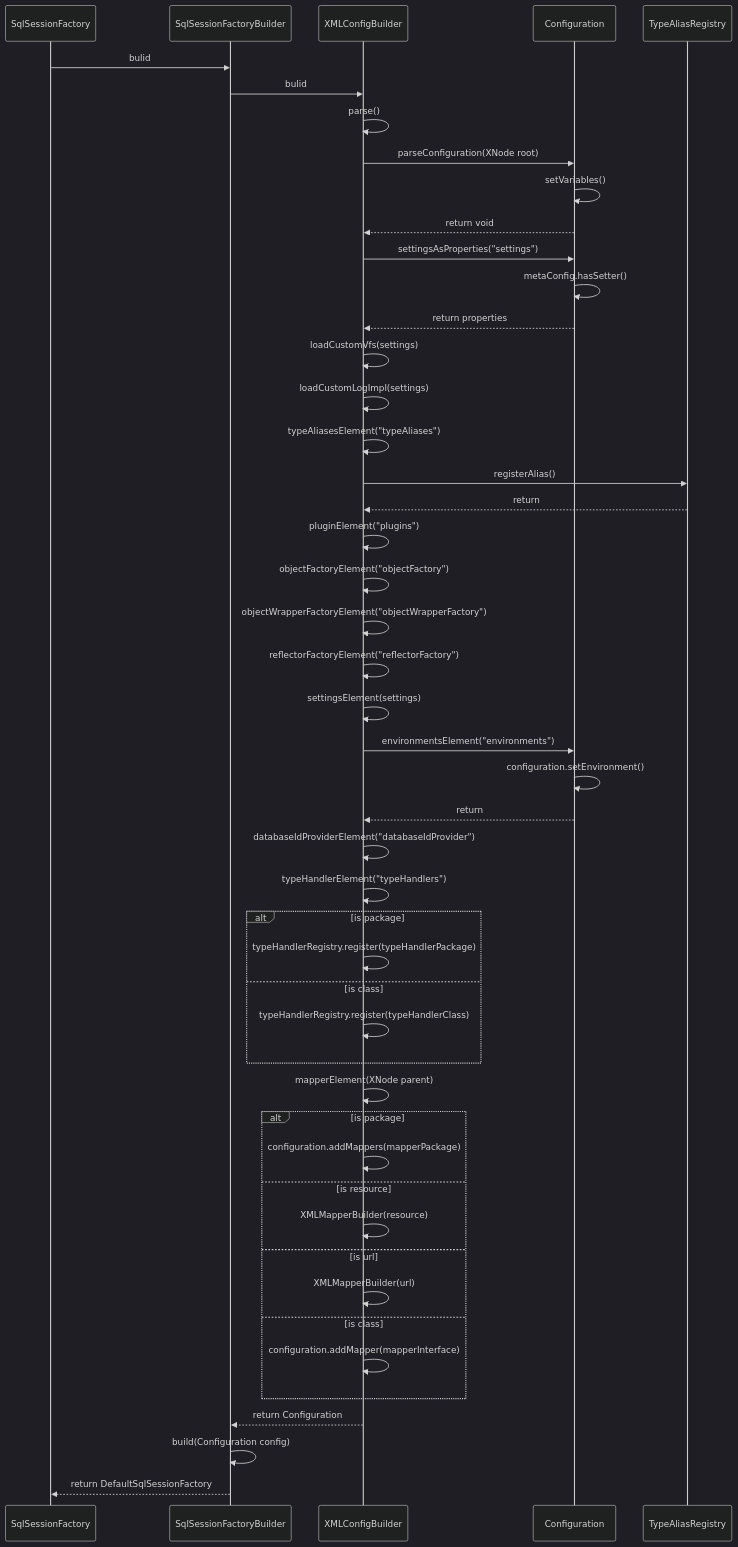
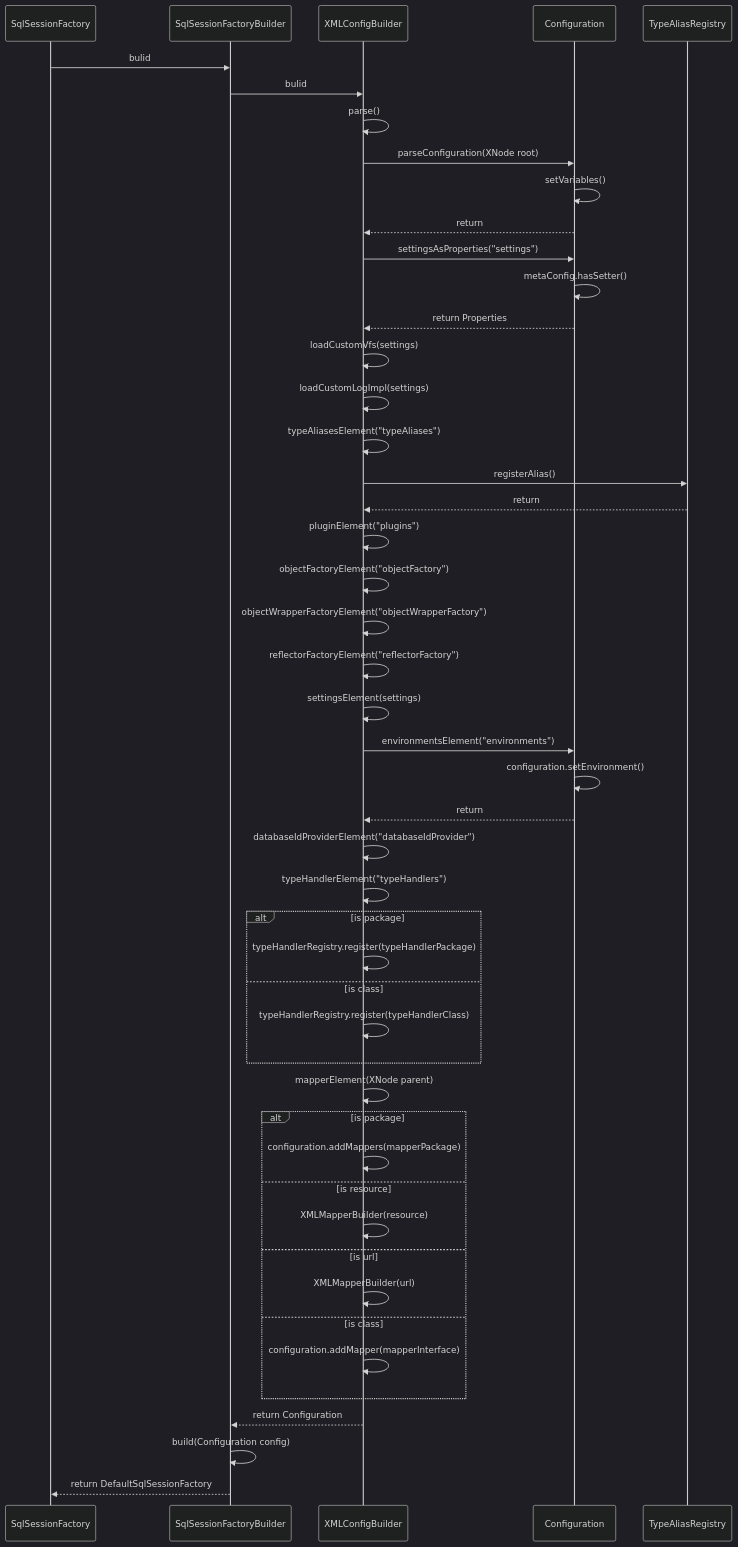
One commit to DBruceLee/DBruceLee.github.io changed the first of 4 diagrams in _posts/2020-05-02-mybatis-work-theory-2.md. Above: the diagram before and after it, drawn with Mermaid (dark theme). The commit also changed other lines of this file, not shown here.

````diff
--- a/_posts/2020-05-02-mybatis-work-theory-2.md
+++ b/_posts/2020-05-02-mybatis-work-theory-2.md
@@ -24,45 +22,45 @@
 ```mermaid
 sequenceDiagram
   SqlSessionFactory->>SqlSessionFactoryBuilder: bulid
   SqlSessionFactoryBuilder->>XMLConfigBuilder: bulid
   XMLConfigBuilder->>XMLConfigBuilder: parse()
   XMLConfigBuilder->>Configuration: parseConfiguration(XNode root)
   Configuration->>Configuration: setVariables()
-  Configuration-->>XMLConfigBuilder: return void
+  Configuration-->>XMLConfigBuilder: return
   XMLConfigBuilder->>Configuration: settingsAsProperties("settings")
   Configuration->>Configuration: metaConfig.hasSetter()
-  Configuration-->>XMLConfigBuilder: return properties
+  Configuration-->>XMLConfigBuilder: return Properties
   XMLConfigBuilder->>XMLConfigBuilder: loadCustomVfs(settings)
   XMLConfigBuilder->>XMLConfigBuilder: loadCustomLogImpl(settings)
   XMLConfigBuilder->>XMLConfigBuilder: typeAliasesElement("typeAliases")
   XMLConfigBuilder->>TypeAliasRegistry: registerAlias() 
   TypeAliasRegistry-->>XMLConfigBuilder: return
   XMLConfigBuilder->>XMLConfigBuilder: pluginElement("plugins")
   XMLConfigBuilder->>XMLConfigBuilder: objectFactoryElement("objectFactory")
   XMLConfigBuilder->>XMLConfigBuilder: objectWrapperFactoryElement("objectWrapperFactory")
   XMLConfigBuilder->>XMLConfigBuilder: reflectorFactoryElement("reflectorFactory")
   XMLConfigBuilder->>XMLConfigBuilder: settingsElement(settings)
   XMLConfigBuilder->>Configuration: environmentsElement("environments")
   Configuration->>Configuration: configuration.setEnvironment()
   Configuration-->>XMLConfigBuilder: return
  XMLConfigBuilder->>XMLConfigBuilder: databaseIdProviderElement("databaseIdProvider")
  XMLConfigBuilder->>XMLConfigBuilder: typeHandlerElement("typeHandlers")
  alt is package
  XMLConfigBuilder->>XMLConfigBuilder: typeHandlerRegistry.register(typeHandlerPackage)
  else is class
  XMLConfigBuilder->>XMLConfigBuilder: typeHandlerRegistry.register(typeHandlerClass)
  end
  XMLConfigBuilder->>XMLConfigBuilder: mapperElement(XNode parent)
  alt is package
  XMLConfigBuilder->>XMLConfigBuilder: configuration.addMappers(mapperPackage)
  else is resource
  XMLConfigBuilder->>XMLConfigBuilder: XMLMapperBuilder(resource) 
  else is url
  XMLConfigBuilder->>XMLConfigBuilder: XMLMapperBuilder(url) 
  else is class
  XMLConfigBuilder->>XMLConfigBuilder: configuration.addMapper(mapperInterface)
  end
  XMLConfigBuilder-->>SqlSessionFactoryBuilder: return Configuration
  SqlSessionFactoryBuilder->>SqlSessionFactoryBuilder: build(Configuration config)
  SqlSessionFactoryBuilder-->>SqlSessionFactory: return DefaultSqlSessionFactory
 ```
````
